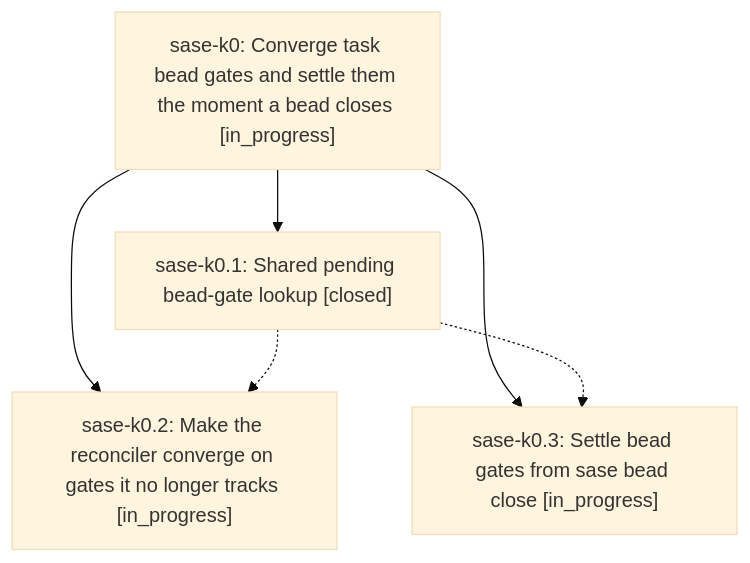
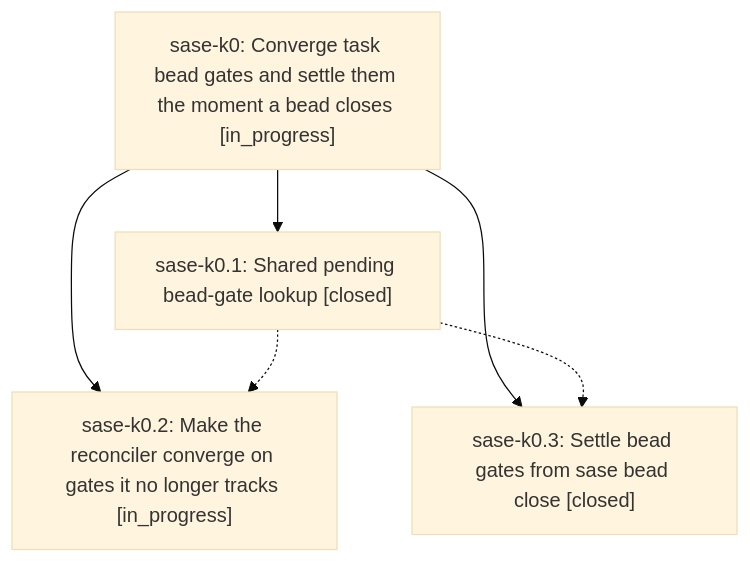
One commit to sase-org/sase--beads changed the diagram in pages/sase-k0/README.md. Above: the diagram before and after it, drawn with Mermaid (base theme). The commit also changed other lines of this file and 2 other files, not shown here.

First line of the commit message:
chore(beads): sync bead state and pages for sase-k0

````diff
--- a/pages/sase-k0/README.md
+++ b/pages/sase-k0/README.md
@@ -24,12 +24,12 @@
 ```mermaid
 flowchart TD
     n0["sase-k0: Converge task bead gates and settle them the moment a bead closes [in_progress]"]
     n1["sase-k0.1: Shared pending bead-gate lookup [closed]"]
     n2["sase-k0.2: Make the reconciler converge on gates it no longer tracks [in_progress]"]
-    n3["sase-k0.3: Settle bead gates from sase bead close [in_progress]"]
+    n3["sase-k0.3: Settle bead gates from sase bead close [closed]"]
     n0 --> n1
     n0 --> n2
     n0 --> n3
     n1 -.-> n2
     n1 -.-> n3
 ```
````
